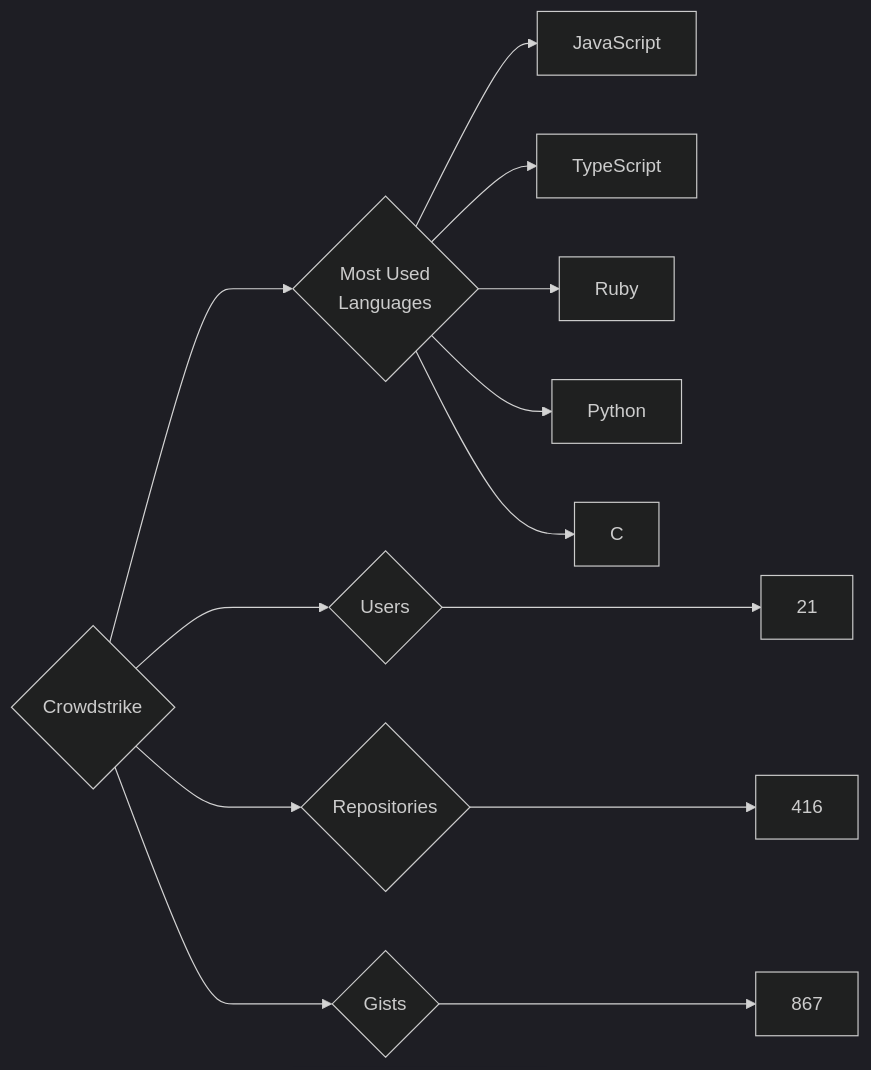
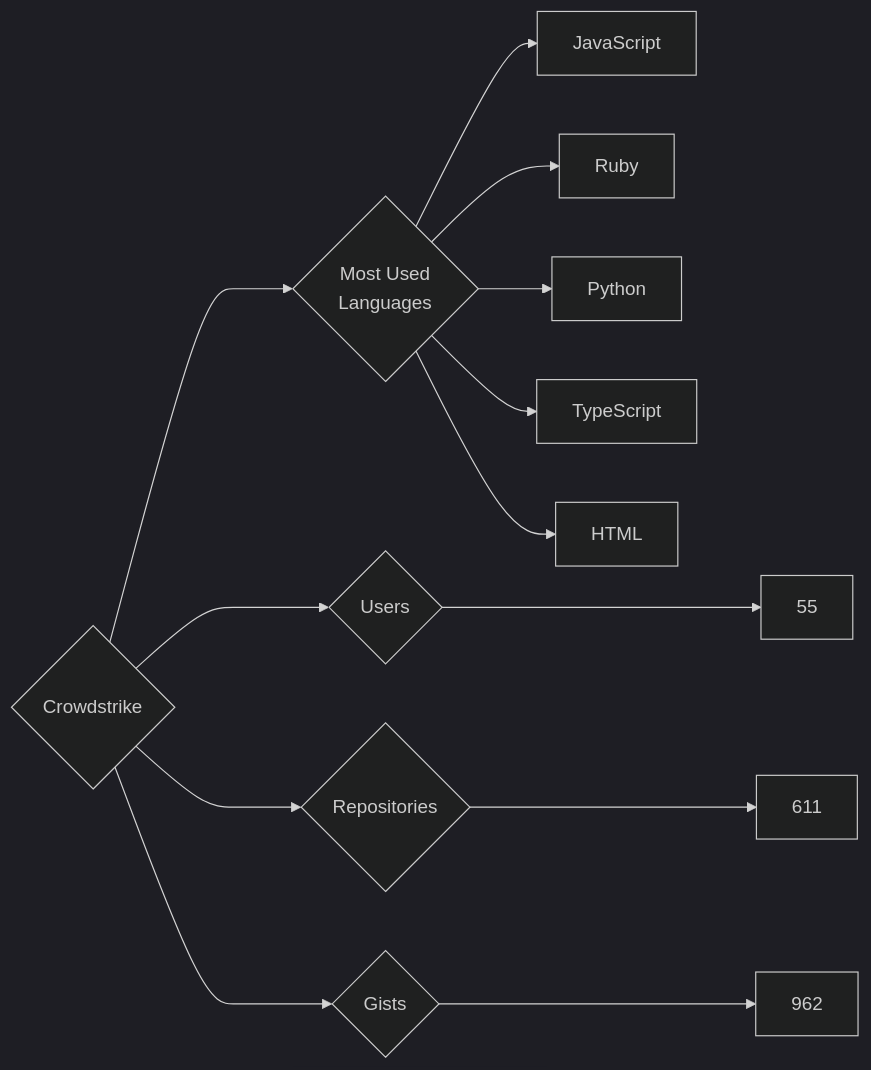
One commit to trickest/insiders changed the diagram in targets/Crowdstrike/README.md. Above: the diagram before and after it, drawn with Mermaid (dark theme). The commit also changed 786 other files, not shown here.

````diff
--- a/targets/Crowdstrike/README.md
+++ b/targets/Crowdstrike/README.md
@@ -3,13 +3,13 @@
 ```mermaid
 graph LR
 COMPANY_NAME{Crowdstrike}
-COMPANY_NAME ---> U{Users} ---> UN[21]
-COMPANY_NAME ---> R{Repositories} ---> RN[416]
-COMPANY_NAME ---> G{Gists} ---> GN[867]
+COMPANY_NAME ---> U{Users} ---> UN[55]
+COMPANY_NAME ---> R{Repositories} ---> RN[611]
+COMPANY_NAME ---> G{Gists} ---> GN[962]
 COMPANY_NAME ---> ML{Most Used<br>Languages}
 ML --> JavaScript[JavaScript]
-ML --> TypeScript[TypeScript]
 ML --> Ruby[Ruby]
 ML --> Python[Python]
-ML --> C[C]
+ML --> TypeScript[TypeScript]
+ML --> HTML[HTML]
 ```
````
